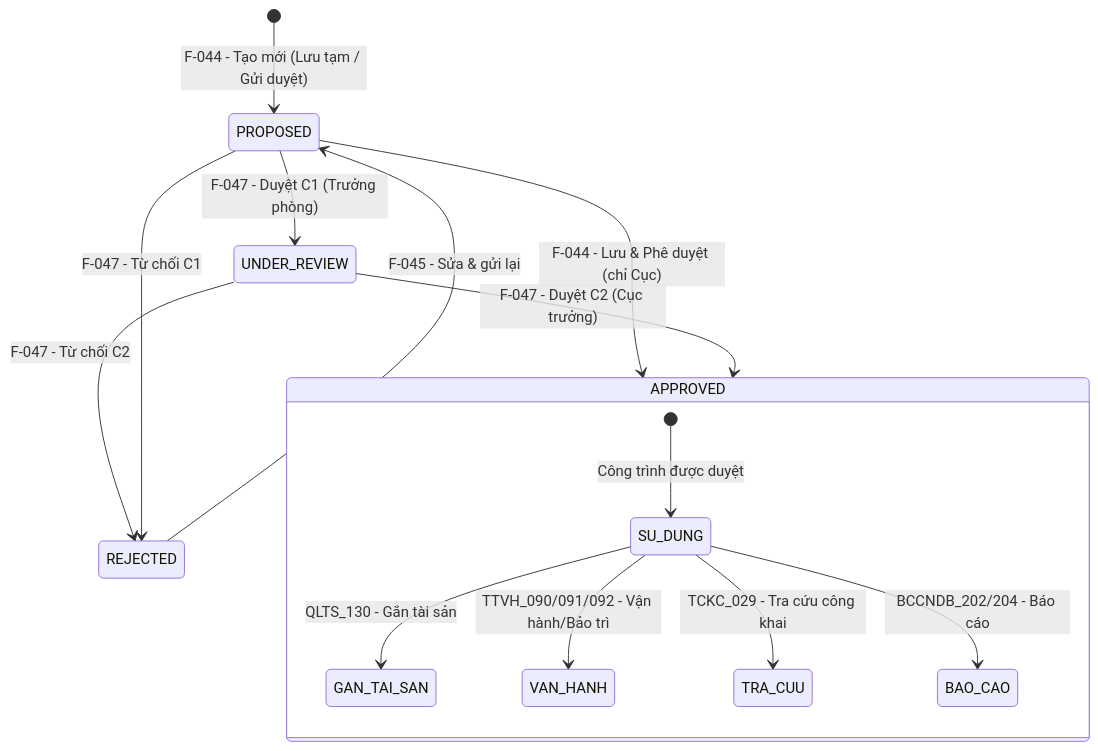
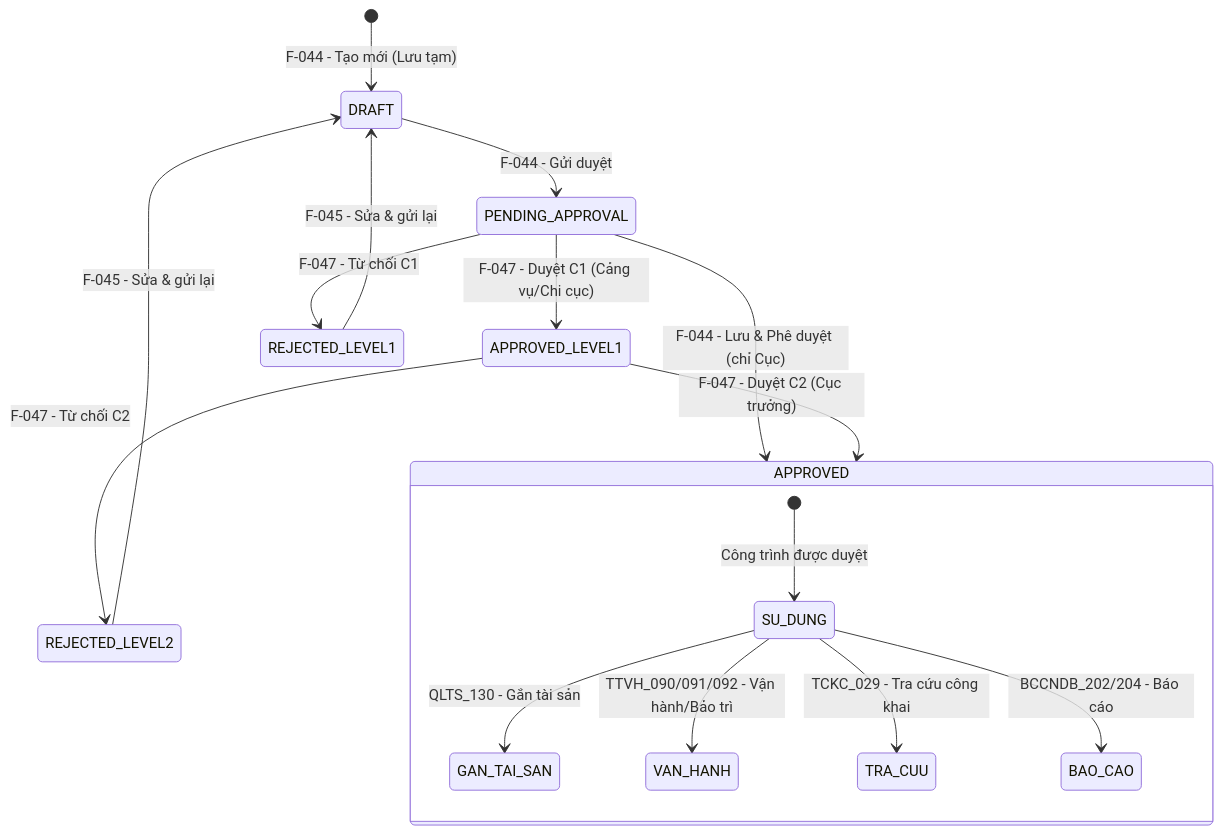
The diagram in docs/modules/M-003-quan-ly-tai-san-kchtgt-khu-nuoc-vts/_features/F-044-quan-ly-de-ke-tao-moi/feature-brief.md (trangg21-bit/hang-hai-kchtgt), drawn with Mermaid before and after one commit. The commit also changed other lines of this file and 139 other files, not shown here.

````diff
--- a/docs/modules/M-003-quan-ly-tai-san-kchtgt-khu-nuoc-vts/_features/F-044-quan-ly-de-ke-tao-moi/feature-brief.md
+++ b/docs/modules/M-003-quan-ly-tai-san-kchtgt-khu-nuoc-vts/_features/F-044-quan-ly-de-ke-tao-moi/feature-brief.md
@@ -148,18 +148,20 @@
 ```mermaid
 stateDiagram-v2
-    [*] --> PROPOSED: F-044 - Tạo mới (Lưu tạm / Gửi duyệt)
-    PROPOSED --> UNDER_REVIEW: F-047 - Duyệt C1 (Trưởng phòng)
-    PROPOSED --> APPROVED: F-044 - Lưu & Phê duyệt (chỉ Cục)
-    UNDER_REVIEW --> APPROVED: F-047 - Duyệt C2 (Cục trưởng)
-    UNDER_REVIEW --> REJECTED: F-047 - Từ chối C2
-    PROPOSED --> REJECTED: F-047 - Từ chối C1
-    REJECTED --> PROPOSED: F-045 - Sửa & gửi lại
+    [*] --> DRAFT: F-044 - Tạo mới (Lưu tạm)
+    DRAFT --> PENDING_APPROVAL: F-044 - Gửi duyệt
+    PENDING_APPROVAL --> APPROVED_LEVEL1: F-047 - Duyệt C1 (Cảng vụ/Chi cục)
+    PENDING_APPROVAL --> APPROVED: F-044 - Lưu & Phê duyệt (chỉ Cục)
+    APPROVED_LEVEL1 --> APPROVED: F-047 - Duyệt C2 (Cục trưởng)
+    APPROVED_LEVEL1 --> REJECTED_LEVEL2: F-047 - Từ chối C2
+    PENDING_APPROVAL --> REJECTED_LEVEL1: F-047 - Từ chối C1
+    REJECTED_LEVEL1 --> DRAFT: F-045 - Sửa & gửi lại
+    REJECTED_LEVEL2 --> DRAFT: F-045 - Sửa & gửi lại
 
     state APPROVED {
         [*] --> SU_DUNG: Công trình được duyệt
         SU_DUNG --> GAN_TAI_SAN: QLTS_130 - Gắn tài sản
         SU_DUNG --> VAN_HANH: TTVH_090/091/092 - Vận hành/Bảo trì
         SU_DUNG --> TRA_CUU: TCKC_029 - Tra cứu công khai
         SU_DUNG --> BAO_CAO: BCCNDB_202/204 - Báo cáo
     }
 ```
````
